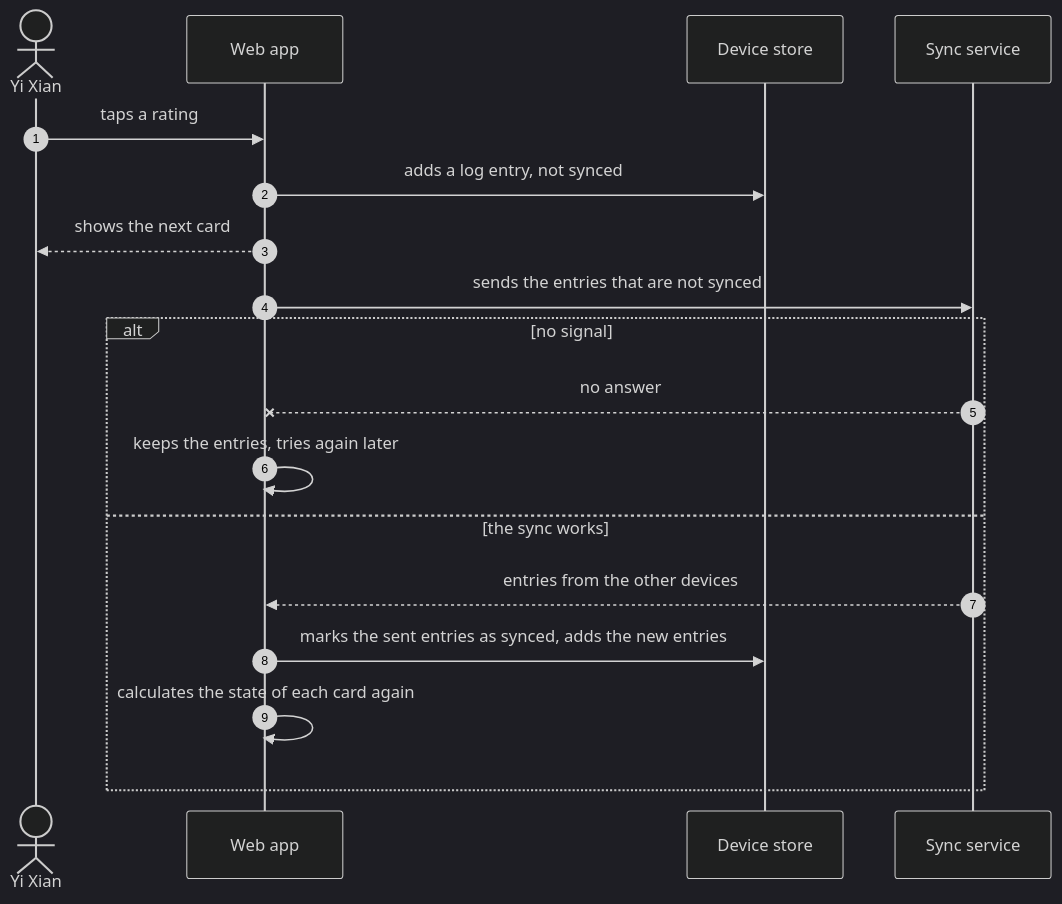
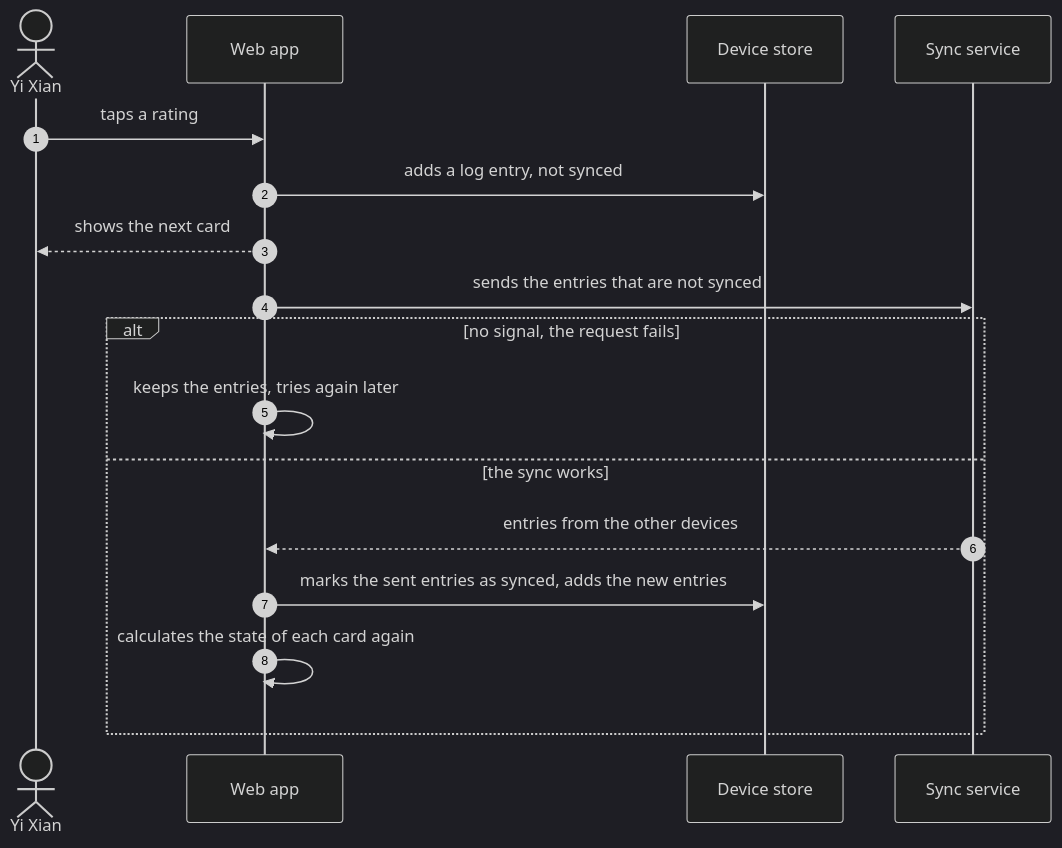
The third of 3 diagrams in docs/architecture/README.md (lyeyixian/leetcode-flashcards), drawn with Mermaid (dark theme) before and after one commit.

Commit message:
docs(architecture): fix the offline branch of the rating sequence
Claude-Session: https://claude.ai/code/session_01ULBWbh5GHF1zFEYDpwrTBo

````diff
--- a/docs/architecture/README.md
+++ b/docs/architecture/README.md
@@ -84,21 +84,20 @@
 ```mermaid
 sequenceDiagram
     autonumber
     actor User as Yi Xian
     participant App as Web app
     participant Local as Device store
     participant Sync as Sync service
 
     User->>App: taps a rating
     App->>Local: adds a log entry, not synced
     App-->>User: shows the next card
     App->>Sync: sends the entries that are not synced
-    alt no signal
-        Sync--xApp: no answer
+    alt no signal, the request fails
         App->>App: keeps the entries, tries again later
     else the sync works
         Sync-->>App: entries from the other devices
         App->>Local: marks the sent entries as synced, adds the new entries
         App->>App: calculates the state of each card again
     end
 ```
````
